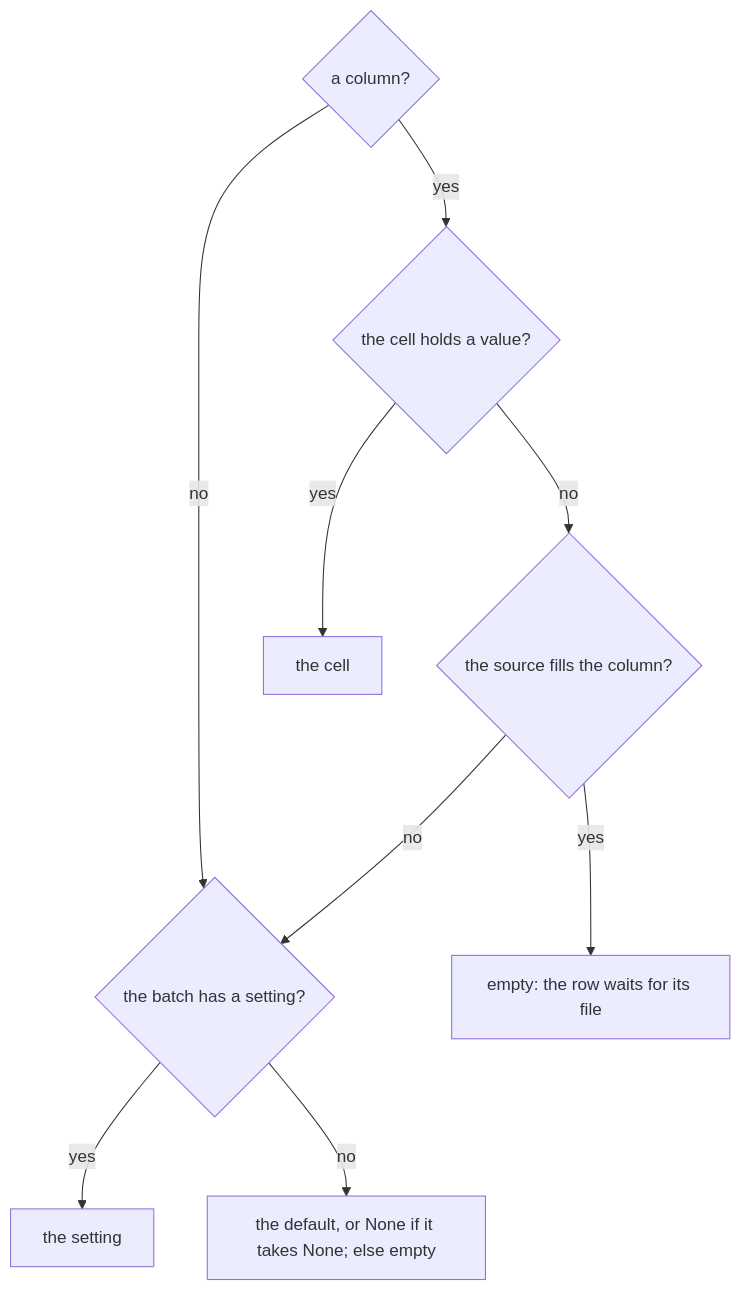
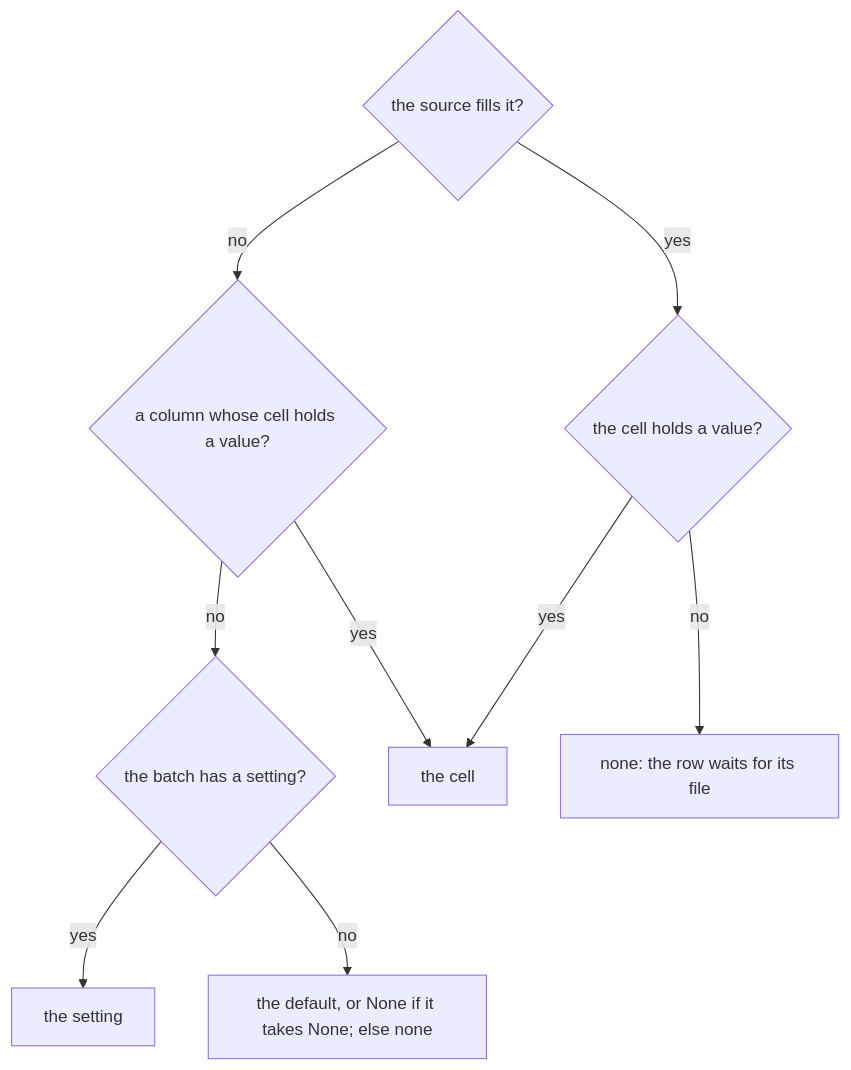
Before and after one commit to scipp/essapps: the second of 5 diagrams in packages/essapps/docs/batch.md, drawn with Mermaid. The commit also changed other lines of this file and 17 other files, not shown here.

````diff
--- a/packages/essapps/docs/batch.md
+++ b/packages/essapps/docs/batch.md
@@ -283,15 +283,15 @@
 ```mermaid
 flowchart TD
-    column{"a column?"}
-    cell{"the cell holds a value?"}
-    filled{"the source fills the column?"}
+    source{"the source fills it?"}
+    waiting{"the cell holds a value?"}
+    column{"a column whose cell holds a value?"}
     setting{"the batch has a setting?"}
+    source -- yes --> waiting
+    source -- no --> column
+    waiting -- yes --> cell["the cell"]
+    waiting -- no --> waits["none: the row waits for its file"]
     column -- yes --> cell
     column -- no --> setting
-    cell -- yes --> own["the cell"]
-    cell -- no --> filled
-    filled -- yes --> waits["empty: the row waits for its file"]
-    filled -- no --> setting
     setting -- yes --> given["the setting"]
-    setting -- no --> default["the default, or None if it takes None; else empty"]
+    setting -- no --> default["the default, or None if it takes None; else none"]
 ```
````
